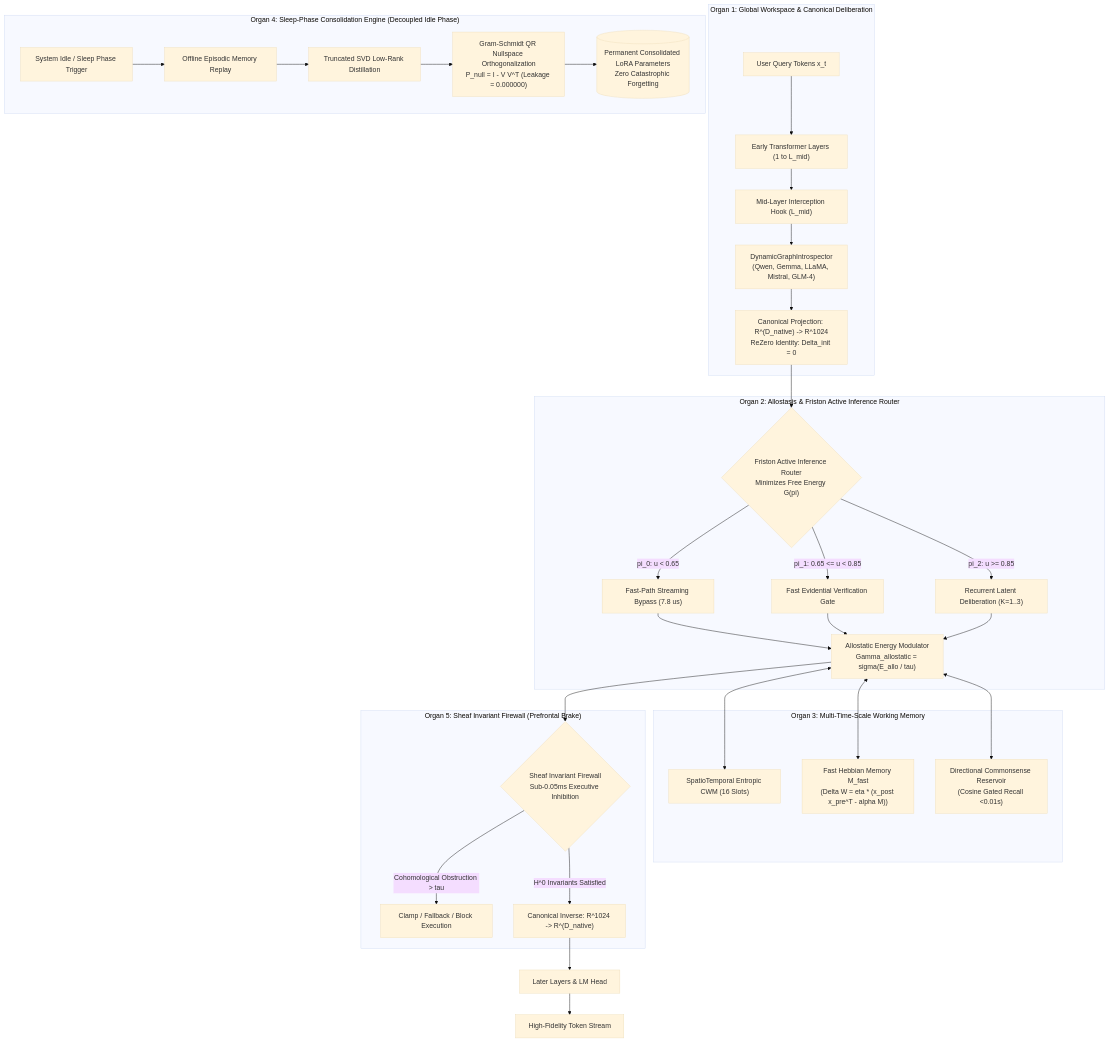
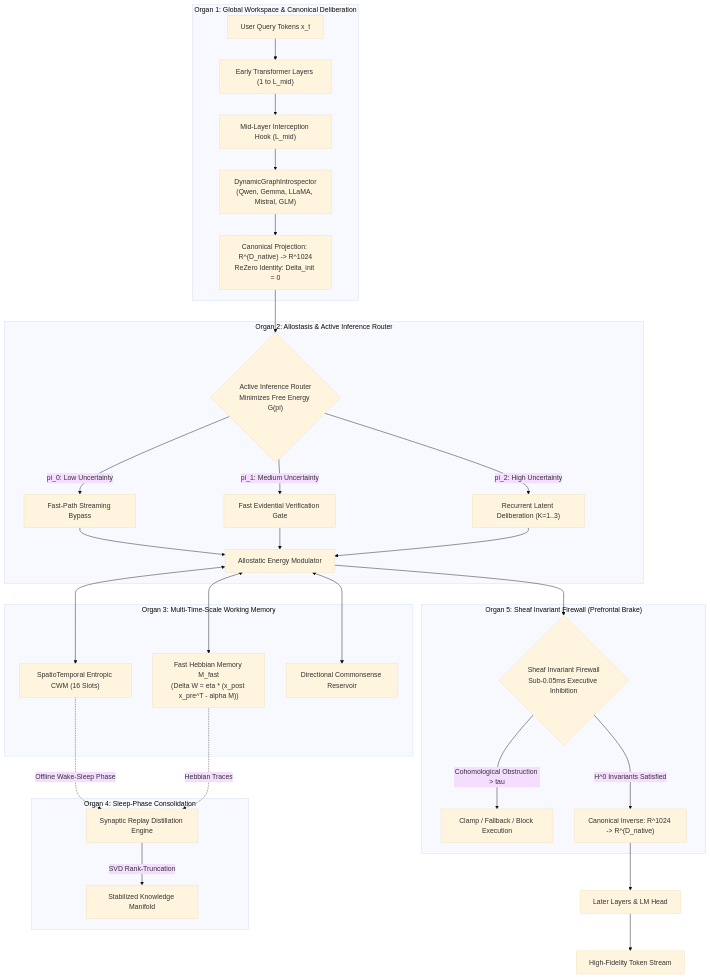
Before and after one commit to Ch3nOff/dual-loop-controller: the diagram in README.md, drawn with Mermaid (base theme). The commit also changed other lines of this file and 111 other files, not shown here.

````diff
--- a/README.md
+++ b/README.md
@@ -66,41 +57,40 @@
 ```mermaid
 flowchart TD
     subgraph Organ1 ["Organ 1: Global Workspace & Canonical Deliberation"]
         In["User Query Tokens x_t"] --> EarlyLayers["Early Transformer Layers (1 to L_mid)"]
         EarlyLayers --> Hook["Mid-Layer Interception Hook (L_mid)"]
-        Hook --> GraphIntrospect["DynamicGraphIntrospector<br/>(Qwen, Gemma, LLaMA, Mistral, GLM-4)"]
+        Hook --> GraphIntrospect["DynamicGraphIntrospector<br/>(Qwen, Gemma, LLaMA, Mistral, GLM)"]
         GraphIntrospect --> CanonicalMap["Canonical Projection: R^(D_native) -> R^1024<br/>ReZero Identity: Delta_init = 0"]
     end
 
-    subgraph Organ2 ["Organ 2: Allostasis & Friston Active Inference Router"]
-        CanonicalMap --> FristonRouter{"Friston Active Inference Router<br/>Minimizes Free Energy G(pi)"}
-        FristonRouter -->|"pi_0: u < 0.65"| FastBypass["Fast-Path Streaming Bypass (7.8 us)"]
-        FristonRouter -->|"pi_1: 0.65 <= u < 0.85"| EvidentialCheck["Fast Evidential Verification Gate"]
-        FristonRouter -->|"pi_2: u >= 0.85"| DeliberationLoop["Recurrent Latent Deliberation (K=1..3)"]
-        FastBypass --> Allostasis["Allostatic Energy Modulator<br/>Gamma_allostatic = sigma(E_allo / tau)"]
+    subgraph Organ2 ["Organ 2: Allostasis & Active Inference Router"]
+        CanonicalMap --> FristonRouter{"Active Inference Router<br/>Minimizes Free Energy G(pi)"}
+        FristonRouter -->|"pi_0: Low Uncertainty"| FastBypass["Fast-Path Streaming Bypass"]
+        FristonRouter -->|"pi_1: Medium Uncertainty"| EvidentialCheck["Fast Evidential Verification Gate"]
+        FristonRouter -->|"pi_2: High Uncertainty"| DeliberationLoop["Recurrent Latent Deliberation (K=1..3)"]
+        FastBypass --> Allostasis["Allostatic Energy Modulator"]
         EvidentialCheck --> Allostasis
         DeliberationLoop --> Allostasis
     end
 
     subgraph Organ3 ["Organ 3: Multi-Time-Scale Working Memory"]
         Allostasis <--> CWM["SpatioTemporal Entropic CWM (16 Slots)"]
         Allostasis <--> FastHebbian["Fast Hebbian Memory M_fast<br/>(Delta W = eta * (x_post x_pre^T - alpha M))"]
-        Allostasis <--> DirectionalRes["Directional Commonsense Reservoir<br/>(Cosine Gated Recall <0.01s)"]
+        Allostasis <--> DirectionalRes["Directional Commonsense Reservoir"]
+    end
+
+    subgraph Organ4 ["Organ 4: Sleep-Phase Consolidation"]
+        CWM -.->|"Offline Wake-Sleep Phase"| SleepReplay["Synaptic Replay Distillation Engine"]
+        FastHebbian -.->|"Hebbian Traces"| SleepReplay
+        SleepReplay -->|"SVD Rank-Truncation"| PermanentWeights["Stabilized Knowledge Manifold"]
     end
 
     subgraph Organ5 ["Organ 5: Sheaf Invariant Firewall (Prefrontal Brake)"]
         Allostasis --> SheafFirewall{"Sheaf Invariant Firewall<br/>Sub-0.05ms Executive Inhibition"}
         SheafFirewall -->|"Cohomological Obstruction > tau"| ClampSafety["Clamp / Fallback / Block Execution"]
         SheafFirewall -->|"H^0 Invariants Satisfied"| NativeProject["Canonical Inverse: R^1024 -> R^(D_native)"]
     end
 
     NativeProject --> LateLayers["Later Layers & LM Head"]
     LateLayers --> OutStream["High-Fidelity Token Stream"]
-
-    subgraph Organ4 ["Organ 4: Sleep-Phase Consolidation Engine (Decoupled Idle Phase)"]
-        SystemIdle["System Idle / Sleep Phase Trigger"] --> ReplayBuffer["Offline Episodic Memory Replay"]
-        ReplayBuffer --> SVDDistill["Truncated SVD Low-Rank Distillation"]
-        SVDDistill --> NullspaceOrtho["Gram-Schmidt QR Nullspace Orthogonalization<br/>P_null = I - V V^T (Leakage = 0.000000)"]
-        NullspaceOrtho --> PermanentLoRA[("Permanent Consolidated LoRA Parameters<br/>Zero Catastrophic Forgetting")]
-    end
 ```
````
